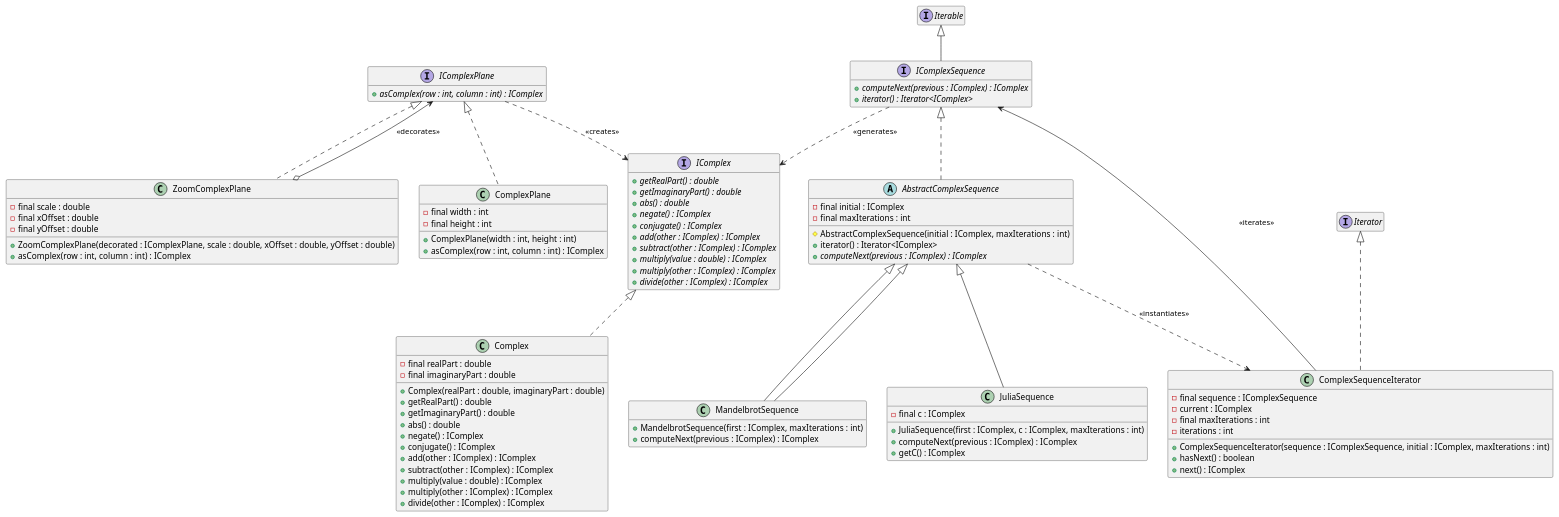
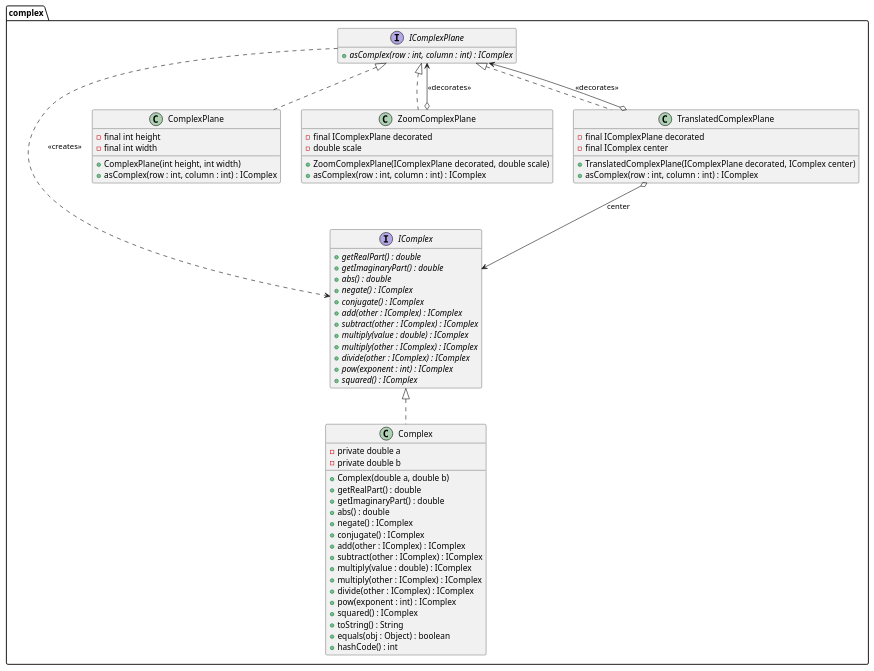
One commit to ThibautVermersch/Fractalens changed the second of 5 diagrams in README.md. Above: the diagram before and after it, drawn with PlantUML. The commit also changed other lines of this file, not shown here.

Commit message:
#41 ajout des UML

````diff
--- a/README.md
+++ b/README.md
@@ -13,102 +61,71 @@
 ```plantuml
 hide empty members
+package complex {
 
-' --------------- '
-' Complex Numbers '
-' --------------- '
+    interface IComplex {
+        + {abstract} getRealPart() : double
+        + {abstract} getImaginaryPart() : double
+        + {abstract} abs() : double
+        + {abstract} negate() : IComplex
+        + {abstract} conjugate() : IComplex
+        + {abstract} add(other : IComplex) : IComplex
+        + {abstract} subtract(other : IComplex) : IComplex
+        + {abstract} multiply(value : double) : IComplex
+        + {abstract} multiply(other : IComplex) : IComplex
+        + {abstract} divide(other : IComplex) : IComplex
+        + {abstract} pow(exponent : int) : IComplex
+        + {abstract} squared() : IComplex
+    }
 
-interface IComplex {
-    + {abstract} getRealPart() : double
-    + {abstract} getImaginaryPart() : double
-    + {abstract} abs() : double
-    + {abstract} negate() : IComplex
-    + {abstract} conjugate() : IComplex
-    + {abstract} add(other : IComplex) : IComplex
-    + {abstract} subtract(other : IComplex) : IComplex
-    + {abstract} multiply(value : double) : IComplex
-    + {abstract} multiply(other : IComplex) : IComplex
-    + {abstract} divide(other : IComplex) : IComplex
+    class Complex implements IComplex {
+        - private double a
+        - private double b
+        + Complex(double a, double b)
+        + getRealPart() : double
+        + getImaginaryPart() : double
+        + abs() : double
+        + negate() : IComplex
+        + conjugate() : IComplex
+        + add(other : IComplex) : IComplex
+        + subtract(other : IComplex) : IComplex
+        + multiply(value : double) : IComplex
+        + multiply(other : IComplex) : IComplex
+        + divide(other : IComplex) : IComplex
+        + pow(exponent : int) : IComplex
+        + squared() : IComplex
+        + toString() : String
+        + equals(obj : Object) : boolean
+        + hashCode() : int
+    }
+
+    interface IComplexPlane {
+        + {abstract} asComplex(row : int, column : int) : IComplex
+    }
+
+    class ComplexPlane implements IComplexPlane {
+        - final int height
+        - final int width
+        + ComplexPlane(int height, int width)
+        + asComplex(row : int, column : int) : IComplex
+    }
+
+    class ZoomComplexPlane implements IComplexPlane {
+        - final IComplexPlane decorated
+        - double scale
+        + ZoomComplexPlane(IComplexPlane decorated, double scale)
+        + asComplex(row : int, column : int) : IComplex
+    }
+
+    class TranslatedComplexPlane implements IComplexPlane {
+        - final IComplexPlane decorated
+        - final IComplex center
+        + TranslatedComplexPlane(IComplexPlane decorated, IComplex center)
+        + asComplex(row : int, column : int) : IComplex
+    }
+
+    ZoomComplexPlane o--> IComplexPlane : << decorates >>
+    TranslatedComplexPlane o--> IComplexPlane : << decorates >>
+    TranslatedComplexPlane o--> IComplex : center
+    IComplexPlane ..> IComplex : << creates >>
 }
-
-class Complex implements IComplex {
-- final realPart : double
-- final imaginaryPart : double
-    + Complex(realPart : double, imaginaryPart : double)
-    + getRealPart() : double
-    + getImaginaryPart() : double
-    + abs() : double
-    + negate() : IComplex
-    + conjugate() : IComplex
-    + add(other : IComplex) : IComplex
-    + subtract(other : IComplex) : IComplex
-    + multiply(value : double) : IComplex
-    + multiply(other : IComplex) : IComplex
-    + divide(other : IComplex) : IComplex
-}
-
-interface IComplexPlane {
-    + {abstract} asComplex(row : int, column : int) : IComplex
-}
-
-class ComplexPlane implements IComplexPlane {
-- final width : int
-- final height : int
-    + ComplexPlane(width : int, height : int)
-    + asComplex(row : int, column : int) : IComplex
-}
-
-class ZoomComplexPlane implements IComplexPlane {
-- final scale : double
-- final xOffset : double
-- final yOffset : double
-    + ZoomComplexPlane(decorated : IComplexPlane, scale : double, xOffset : double, yOffset : double)
-    + asComplex(row : int, column : int) : IComplex
-}
-
-ZoomComplexPlane o--> IComplexPlane : << decorates >>
-IComplexPlane ..> IComplex : << creates >>
-
-' ----------------- '
-' Complex Sequences '
-' ----------------- '
-
-interface IComplexSequence extends Iterable<IComplex> {
-    + {abstract} computeNext(previous : IComplex) : IComplex
-    + {abstract} iterator() : Iterator<IComplex>
-}
-
-abstract class AbstractComplexSequence implements IComplexSequence {
-- final initial : IComplex
-- final maxIterations : int
-    # AbstractComplexSequence(initial : IComplex, maxIterations : int)
-    + iterator() : Iterator<IComplex>
-    + {abstract} computeNext(previous : IComplex) : IComplex
-}
-
-class MandelbrotSequence extends AbstractComplexSequence {
-    + MandelbrotSequence(first : IComplex, maxIterations : int)
-    + computeNext(previous : IComplex) : IComplex
-}
-
-class JuliaSequence extends AbstractComplexSequence {
-- final c : IComplex
-    + JuliaSequence(first : IComplex, c : IComplex, maxIterations : int)
-    + computeNext(previous : IComplex) : IComplex
-    + getC() : IComplex
-}
-
-class ComplexSequenceIterator implements Iterator<IComplex> {
-- final sequence : IComplexSequence
-- current : IComplex
-- final maxIterations : int
-- iterations : int
-    + ComplexSequenceIterator(sequence : IComplexSequence, initial : IComplex, maxIterations : int)
-    + hasNext() : boolean
-    + next() : IComplex
-}
-
-AbstractComplexSequence ..> ComplexSequenceIterator : << instantiates >>
-ComplexSequenceIterator --> IComplexSequence : << iterates >>
-IComplexSequence ..> IComplex : << generates >>
-MandelbrotSequence --|> AbstractComplexSequence
 ```
````
